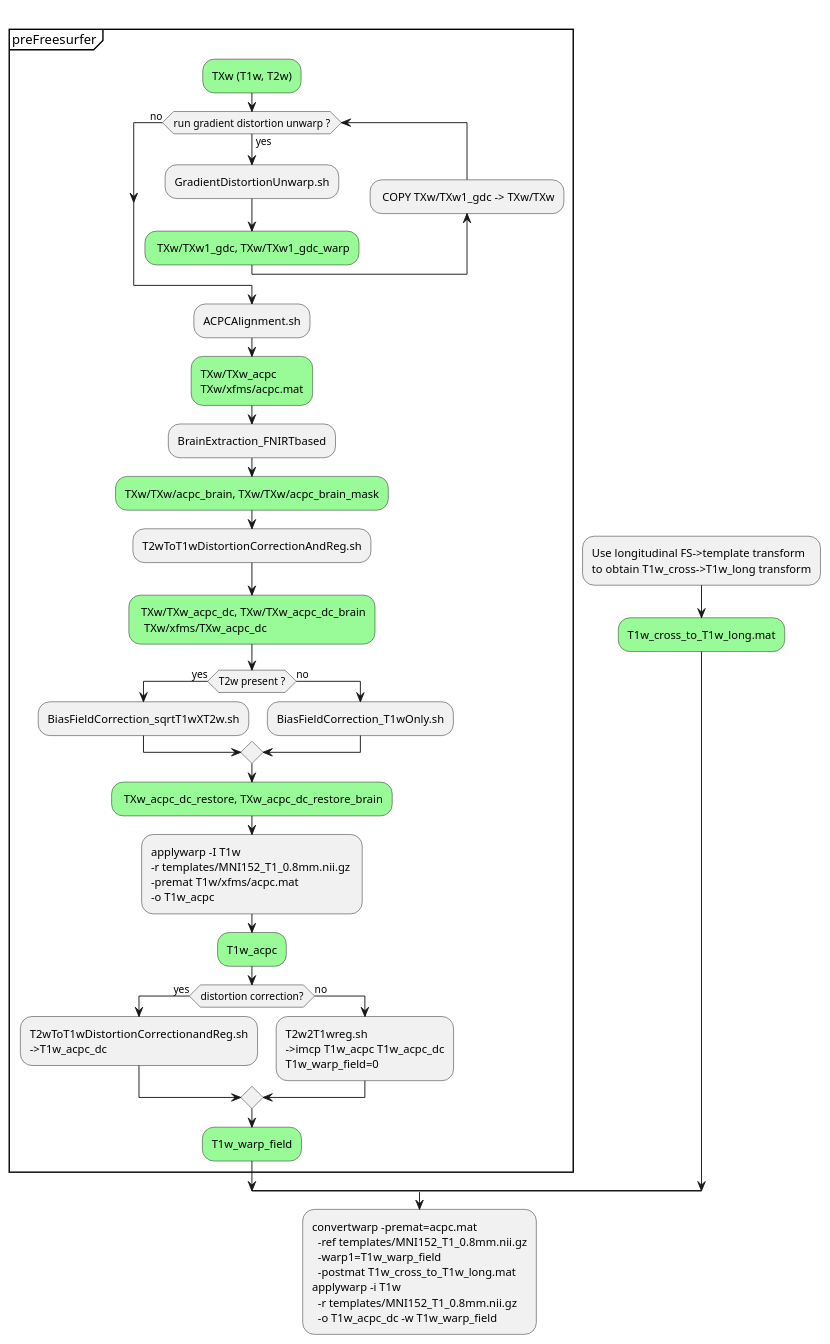
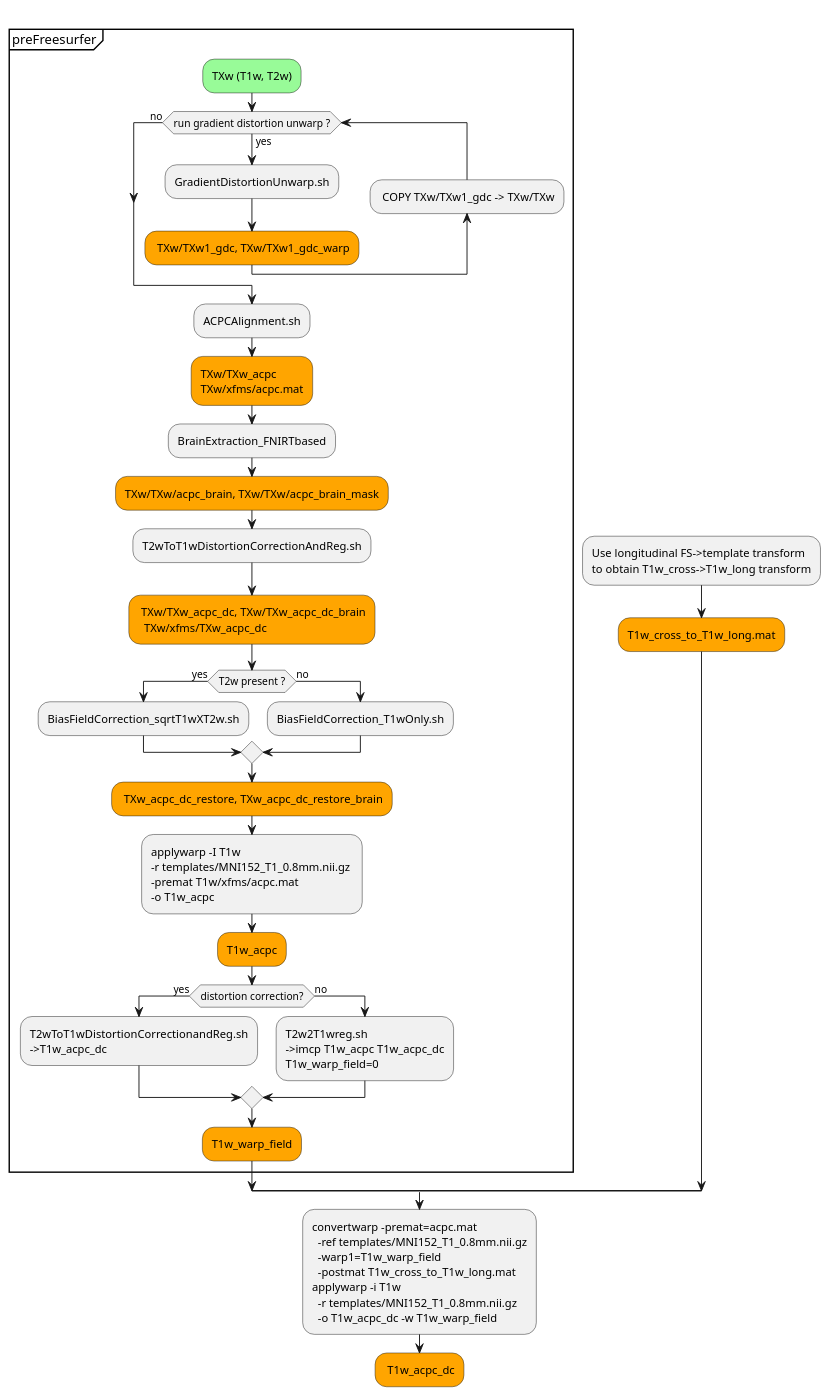
The diagram in docs/diagrams/src/PreFreesurferPipeline.puml (Washington-University/HCPpipelines), drawn with PlantUML before and after one commit. The commit also changed 14 other files, not shown here.

```diff
--- a/docs/diagrams/src/PreFreesurferPipeline.puml
+++ b/docs/diagrams/src/PreFreesurferPipeline.puml
@@ -1,58 +1,58 @@
-@startuml
+@startuml 
 split
  -[hidden]->
  group preFreesurfer
    -[hidden]->
    #palegreen:TXw (T1w, T2w);
    while (run gradient distortion unwarp ?) is (yes)
      :GradientDistortionUnwarp.sh;
-     #palegreen: TXw/TXw1_gdc, TXw/TXw1_gdc_warp;
+     #orange: TXw/TXw1_gdc, TXw/TXw1_gdc_warp;
      backward: COPY TXw/TXw1_gdc -> TXw/TXw;
      endwhile (no)
 
      :ACPCAlignment.sh;
-     #palegreen:TXw/TXw_acpc
+     #orange:TXw/TXw_acpc
      TXw/xfms/acpc.mat;
      :BrainExtraction_FNIRTbased;
-     #palegreen:TXw/TXw/acpc_brain, TXw/TXw/acpc_brain_mask;
+     #orange:TXw/TXw/acpc_brain, TXw/TXw/acpc_brain_mask;
      :T2wToT1wDistortionCorrectionAndReg.sh;
-     #palegreen: TXw/TXw_acpc_dc, TXw/TXw_acpc_dc_brain
+     #orange: TXw/TXw_acpc_dc, TXw/TXw_acpc_dc_brain
        TXw/xfms/TXw_acpc_dc;
      if (T2w present ?) then (yes)
         :BiasFieldCorrection_sqrtT1wXT2w.sh;
      else (no)
         :BiasFieldCorrection_T1wOnly.sh;
      endif
-     #palegreen: TXw_acpc_dc_restore, TXw_acpc_dc_restore_brain;
+     #orange: TXw_acpc_dc_restore, TXw_acpc_dc_restore_brain;
 
  :applywarp -I T1w 
 -r templates/MNI152_T1_0.8mm.nii.gz 
 –premat T1w/xfms/acpc.mat 
 -o T1w_acpc;
- #palegreen:T1w_acpc;
+ #orange:T1w_acpc;
  if (distortion correction?) then (yes)
    :T2wToT1wDistortionCorrectionandReg.sh
    ->T1w_acpc_dc;
  else (no)
    :T2w2T1wreg.sh
    ->imcp T1w_acpc T1w_acpc_dc
    T1w_warp_field=0;
  endif
- #palegreen:T1w_warp_field;
+ #orange:T1w_warp_field;
 
  end group
 split again
  -[hidden]->
  :Use longitudinal FS->template transform  
  to obtain T1w_cross->T1w_long transform;
-  #palegreen:T1w_cross_to_T1w_long.mat;
+  #orange:T1w_cross_to_T1w_long.mat;
  end split
  :convertwarp -premat=acpc.mat 
    -ref templates/MNI152_T1_0.8mm.nii.gz
    -warp1=T1w_warp_field 
    -postmat T1w_cross_to_T1w_long.mat
  applywarp -i T1w 
    -r templates/MNI152_T1_0.8mm.nii.gz 
    -o T1w_acpc_dc -w T1w_warp_field;
-
+ #orange: T1w_acpc_dc;
 @enduml
```
